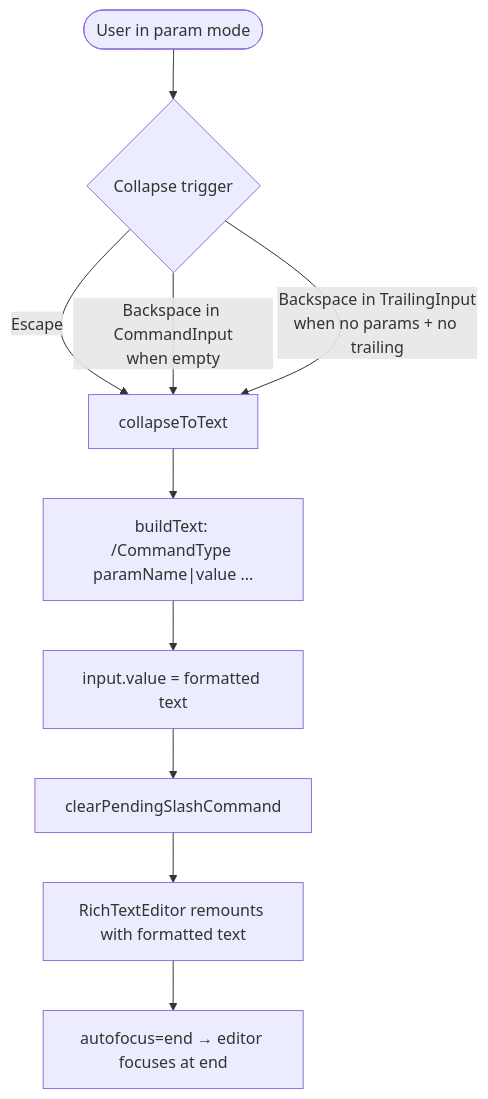
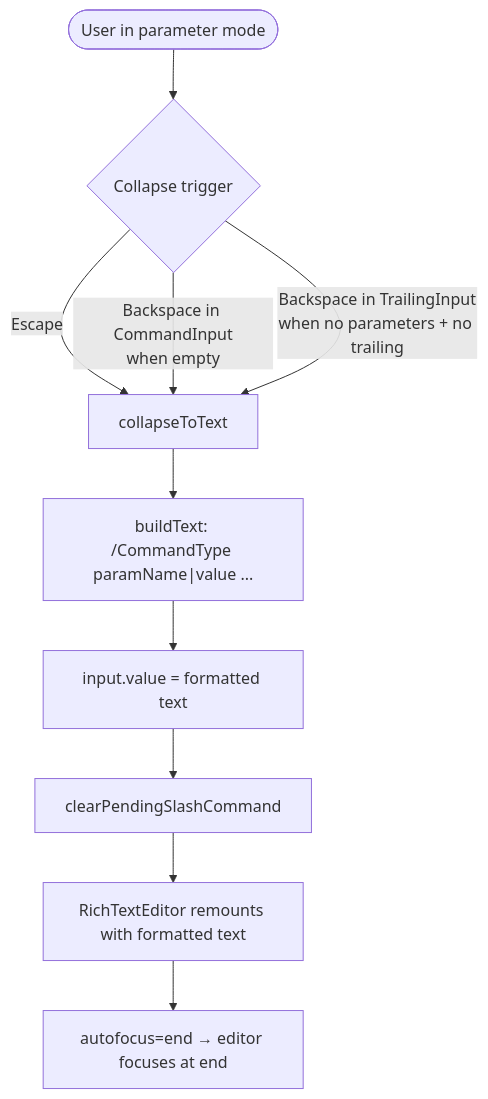
Before and after one commit to Esposter/Esposter: the second of 3 diagrams in features/esbabbler/specs/slash-commands.md, drawn with Mermaid. The commit also changed other lines of this file and 5 other files, not shown here.

````diff
--- a/features/esbabbler/specs/slash-commands.md
+++ b/features/esbabbler/specs/slash-commands.md
@@ -151,12 +151,12 @@
 ```mermaid
 flowchart TD
-    A([User in param mode]) --> B{Collapse trigger}
+    A([User in parameter mode]) --> B{Collapse trigger}
     B -->|Escape| C[collapseToText]
     B -->|Backspace in CommandInput<br/>when empty| C
-    B -->|Backspace in TrailingInput<br/>when no params + no trailing| C
+    B -->|Backspace in TrailingInput<br/>when no parameters + no trailing| C
     C --> D["buildText: /CommandType paramName|value ..."]
     D --> E[input.value = formatted text]
     E --> F[clearPendingSlashCommand]
     F --> G[RichTextEditor remounts with formatted text]
     G --> H[autofocus=end → editor focuses at end]
 ```
````
